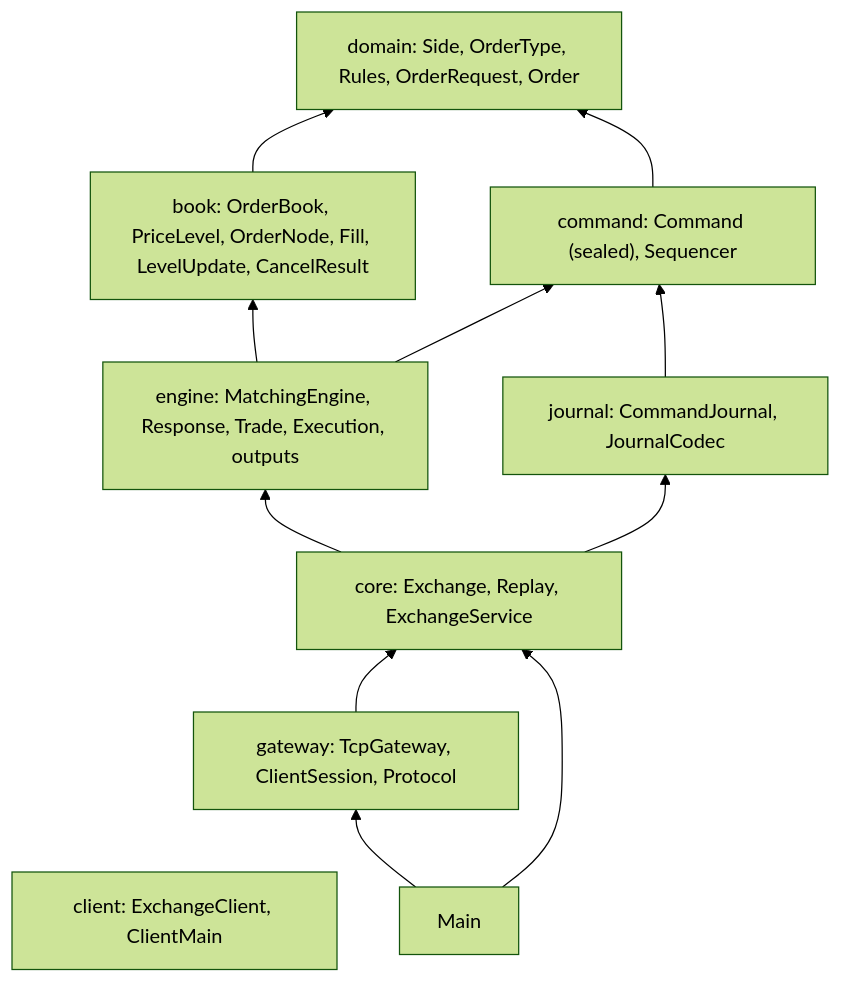
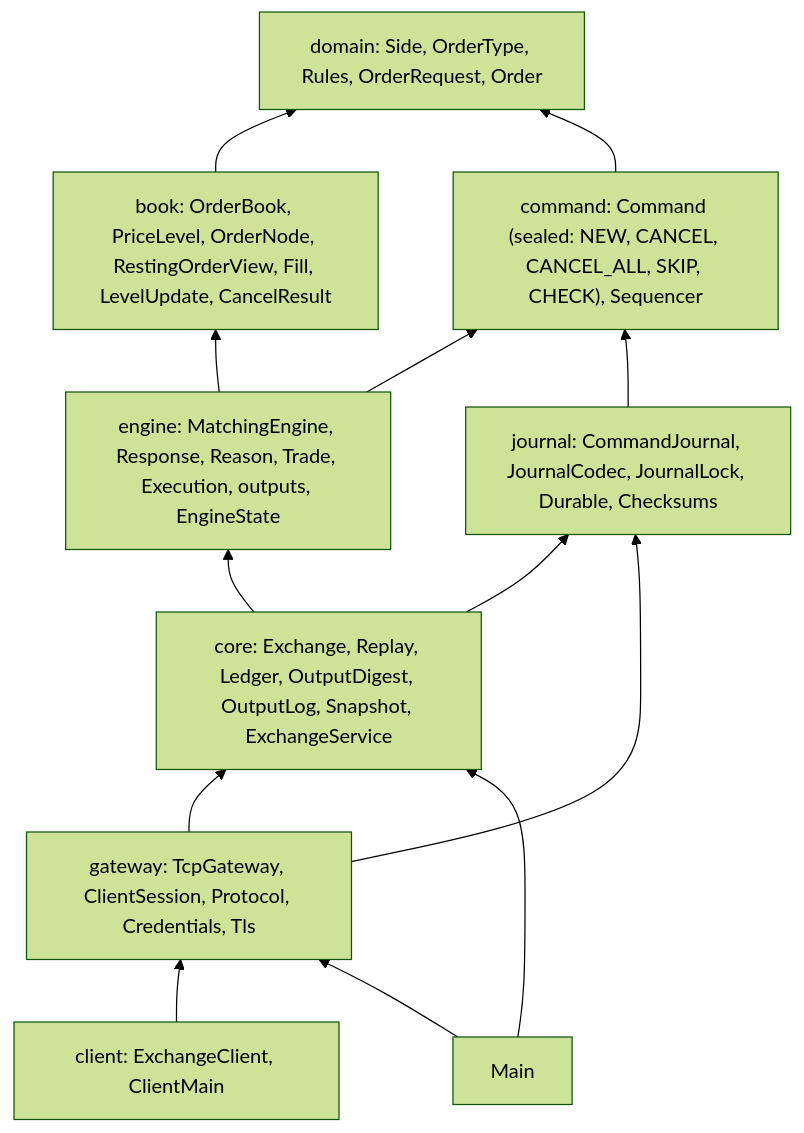
Before and after one commit to SampannaNampalli/ExchangeSystem: the fourth of 4 diagrams in docs/understanding/01-big-picture.md, drawn with Mermaid (forest theme). The commit also changed other lines of this file and 30 other files, not shown here.

````diff
--- a/docs/understanding/01-big-picture.md
+++ b/docs/understanding/01-big-picture.md
@@ -197,22 +229,24 @@
 ```mermaid
 flowchart BT
     domain["domain: Side, OrderType, Rules, OrderRequest, Order"]
-    book["book: OrderBook, PriceLevel, OrderNode, Fill, LevelUpdate, CancelResult"]
-    command["command: Command (sealed), Sequencer"]
-    engine["engine: MatchingEngine, Response, Trade, Execution, outputs"]
-    journal["journal: CommandJournal, JournalCodec"]
-    core["core: Exchange, Replay, ExchangeService"]
-    gateway["gateway: TcpGateway, ClientSession, Protocol"]
+    book["book: OrderBook, PriceLevel, OrderNode, RestingOrderView, Fill, LevelUpdate, CancelResult"]
+    command["command: Command (sealed: NEW, CANCEL, CANCEL_ALL, SKIP, CHECK), Sequencer"]
+    engine["engine: MatchingEngine, Response, Reason, Trade, Execution, outputs, EngineState"]
+    journal["journal: CommandJournal, JournalCodec, JournalLock, Durable, Checksums"]
+    core["core: Exchange, Replay, Ledger, OutputDigest, OutputLog, Snapshot, ExchangeService"]
+    gateway["gateway: TcpGateway, ClientSession, Protocol, Credentials, Tls"]
     client["client: ExchangeClient, ClientMain"]
     main["Main"]
     book --> domain
     command --> domain
     engine --> book
     engine --> command
     journal --> command
     core --> engine
     core --> journal
     gateway --> core
+    gateway --> journal
+    client --> gateway
     main --> gateway
     main --> core
 ```
````
